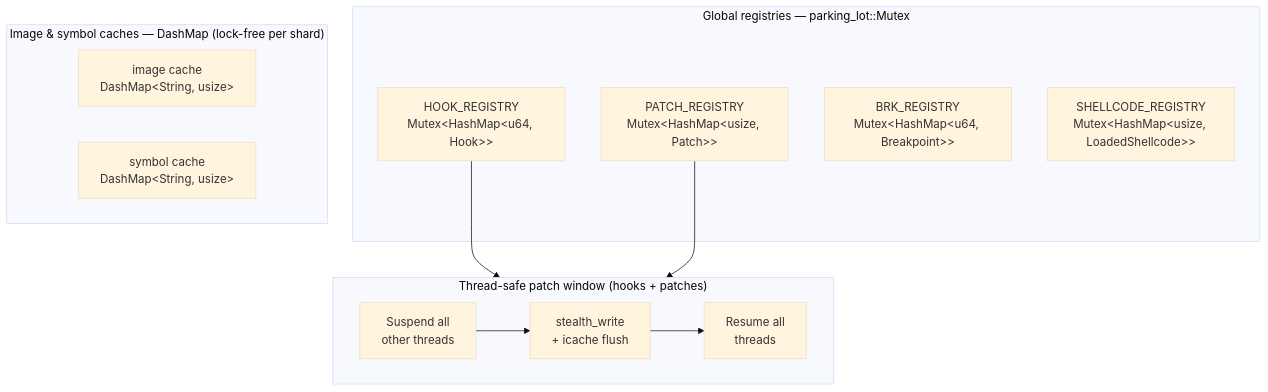
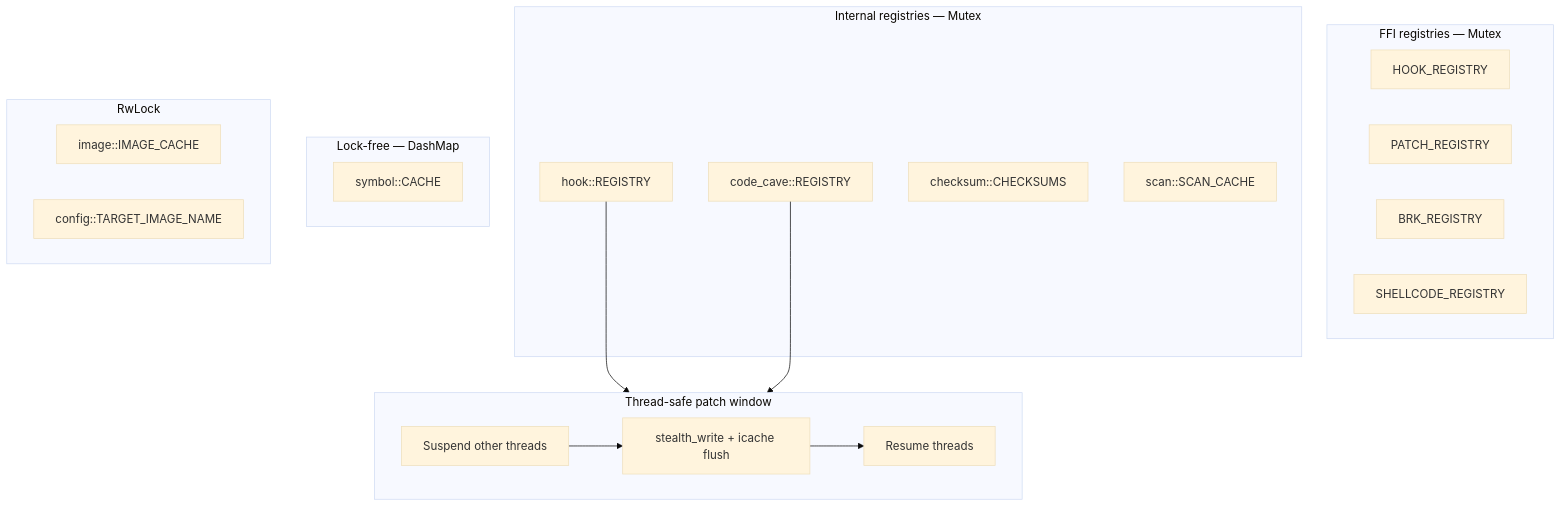
One commit to Batchhh/libspecter changed diagram 20 of 20 in docs/architecture.md. Above: the diagram before and after it, drawn with Mermaid (base theme). The commit also changed other lines of this file and 7 other files, not shown here.

````diff
--- a/docs/architecture.md
+++ b/docs/architecture.md
@@ -389,21 +519,32 @@
 ```mermaid
 flowchart TD
-    subgraph Registries["Global registries — parking_lot::Mutex"]
-        HR["HOOK_REGISTRY<br/>Mutex&lt;HashMap&lt;u64, Hook&gt;&gt;"]
-        PR["PATCH_REGISTRY<br/>Mutex&lt;HashMap&lt;usize, Patch&gt;&gt;"]
-        BR["BRK_REGISTRY<br/>Mutex&lt;HashMap&lt;u64, Breakpoint&gt;&gt;"]
-        SR["SHELLCODE_REGISTRY<br/>Mutex&lt;HashMap&lt;usize, LoadedShellcode&gt;&gt;"]
+    subgraph FFI[FFI registries — Mutex]
+        HR[HOOK_REGISTRY]
+        PR[PATCH_REGISTRY]
+        BR[BRK_REGISTRY]
+        SR[SHELLCODE_REGISTRY]
     end
 
-    subgraph Caches["Image & symbol caches — DashMap (lock-free per shard)"]
-        IC["image cache<br/>DashMap&lt;String, usize&gt;"]
-        SC["symbol cache<br/>DashMap&lt;String, usize&gt;"]
+    subgraph Internal[Internal registries — Mutex]
+        HookReg[hook::REGISTRY]
+        CaveReg[code_cave::REGISTRY]
+        CRCReg[checksum::CHECKSUMS]
+        ScanCache[scan::SCAN_CACHE]
     end
 
-    subgraph PatchWindow["Thread-safe patch window (hooks + patches)"]
-        direction LR
-        S["Suspend all<br/>other threads"] --> W["stealth_write<br/>+ icache flush"] --> R["Resume all<br/>threads"]
+    subgraph LockFree[Lock-free — DashMap]
+        SC[symbol::CACHE]
     end
 
-    HR & PR --> PatchWindow
+    subgraph RWL[RwLock]
+        IC[image::IMAGE_CACHE]
+        TC[config::TARGET_IMAGE_NAME]
+    end
+
+    subgraph PatchWindow[Thread-safe patch window]
+        direction LR
+        Susp[Suspend other threads] --> Write[stealth_write + icache flush] --> Res[Resume threads]
+    end
+
+    HookReg & CaveReg --> PatchWindow
 ```
````
